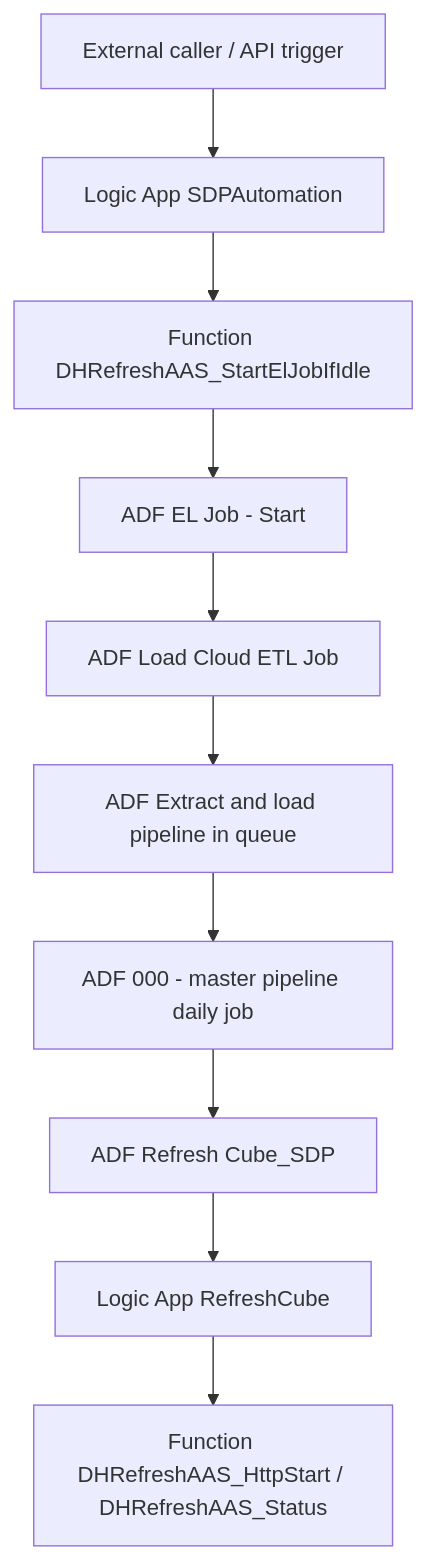
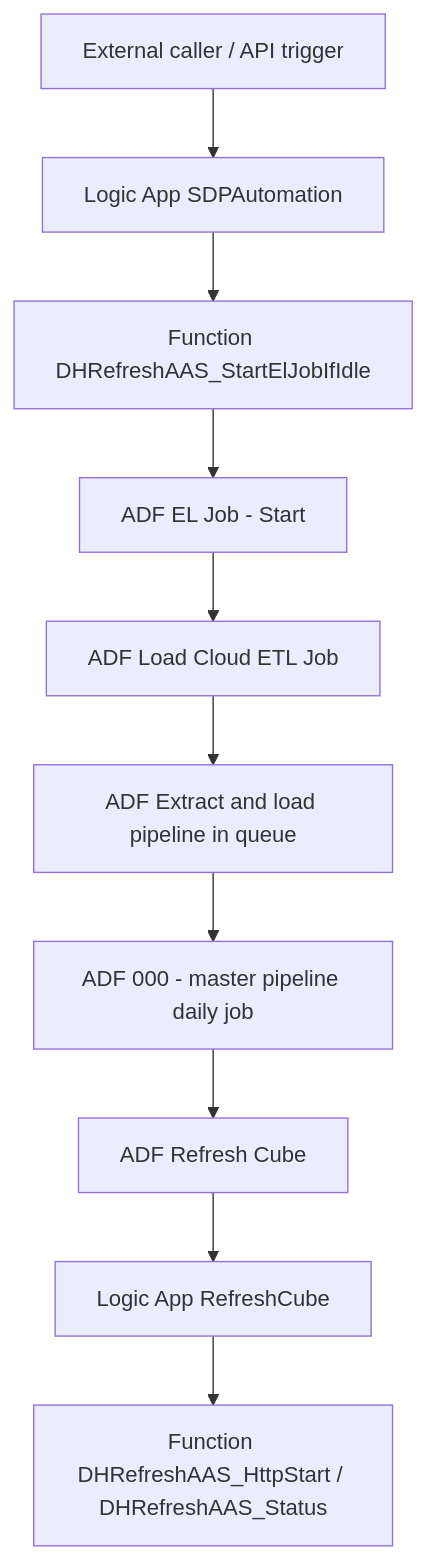
Before and after one commit to AntonNguyen311/DHRefreshAAS: the diagram in docs/ADF_ArchitectureAndRunbook.md, drawn with Mermaid. The commit also changed other lines of this file and 45 other files, not shown here.

First line of the commit message:
Add self-service refresh portal and ADF operations tooling

````diff
--- a/docs/ADF_ArchitectureAndRunbook.md
+++ b/docs/ADF_ArchitectureAndRunbook.md
@@ -31,12 +37,12 @@
 ```mermaid
 flowchart TD
     caller[External caller / API trigger] --> sdp[Logic App SDPAutomation]
     sdp --> gate[Function DHRefreshAAS_StartElJobIfIdle]
     gate --> el[ADF EL Job - Start]
     el --> load[ADF Load Cloud ETL Job]
     load --> queue[ADF Extract and load pipeline in queue]
     queue --> master[ADF 000 - master pipeline daily job]
-    master --> refresh[ADF Refresh Cube_SDP]
+    master --> refresh[ADF Refresh Cube]
     refresh --> refreshLogic[Logic App RefreshCube]
     refreshLogic --> aas[Function DHRefreshAAS_HttpStart / DHRefreshAAS_Status]
 ```
````
